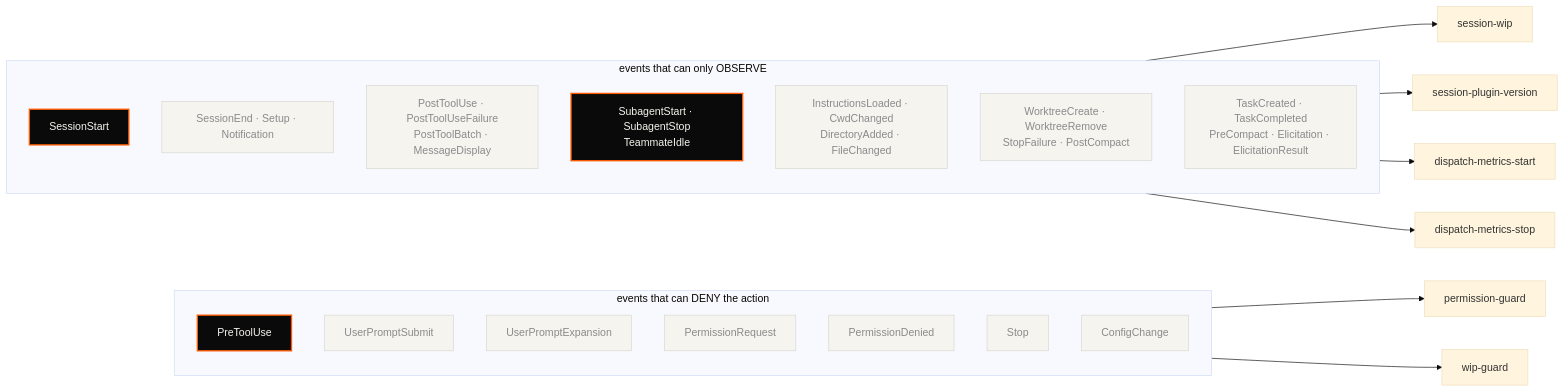
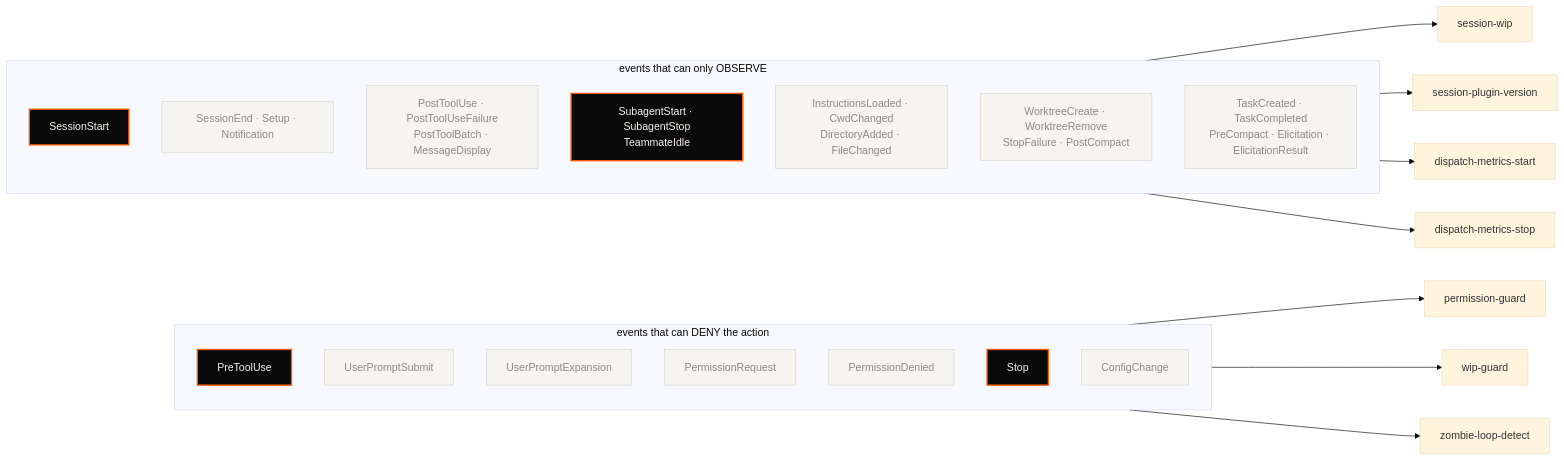
One commit to tedeuxx/tadeumendonca-skills changed the fourth of 5 diagrams in README.md. Above: the diagram before and after it, drawn with Mermaid (base theme). The commit also changed other lines of this file and 5 other files, not shown here.

First line of the commit message:
feat(loop): detect a zombie loop at turn end, not one session late (#294)

````diff
--- a/README.md
+++ b/README.md
@@ -781,43 +794,45 @@
 ```mermaid
 flowchart LR
   classDef used fill:#0A0A0A,color:#F5F4EF,stroke:#FF5A00,stroke-width:2px
   classDef idle fill:#F5F4EF,color:#8A8A8A,stroke:#D8D6CE
 
   subgraph BLOCK["events that can DENY the action"]
     direction TB
     E1["PreToolUse"]
     E2["UserPromptSubmit"]:::idle
     E3["UserPromptExpansion"]:::idle
     E4["PermissionRequest"]:::idle
     E5["PermissionDenied"]:::idle
-    E6["Stop"]:::idle
+    E6["Stop"]
     E7["ConfigChange"]:::idle
   end
 
   subgraph OBS["events that can only OBSERVE"]
     direction TB
     O1["SessionStart"]
     O2["SessionEnd · Setup · Notification"]:::idle
     O3["PostToolUse · PostToolUseFailure<br/>PostToolBatch · MessageDisplay"]:::idle
     O4["SubagentStart · SubagentStop<br/>TeammateIdle"]:::idle
     O5["InstructionsLoaded · CwdChanged<br/>DirectoryAdded · FileChanged"]:::idle
     O6["WorktreeCreate · WorktreeRemove<br/>StopFailure · PostCompact"]:::idle
     O7["TaskCreated · TaskCompleted<br/>PreCompact · Elicitation · ElicitationResult"]:::idle
   end
 
   H1["permission-guard"]
   H2["wip-guard"]
   H3["session-wip"]
   H4["session-plugin-version"]
   H5["dispatch-metrics-start"]
   H6["dispatch-metrics-stop"]
+  H7["zombie-loop-detect"]
 
   E1 --> H1
   E1 --> H2
   O1 --> H3
   O1 --> H4
   O4 --> H5
   O4 --> H6
+  E6 --> H7
 
-  class E1,O1,O4 used
+  class E1,O1,O4,E6 used
 ```
````
